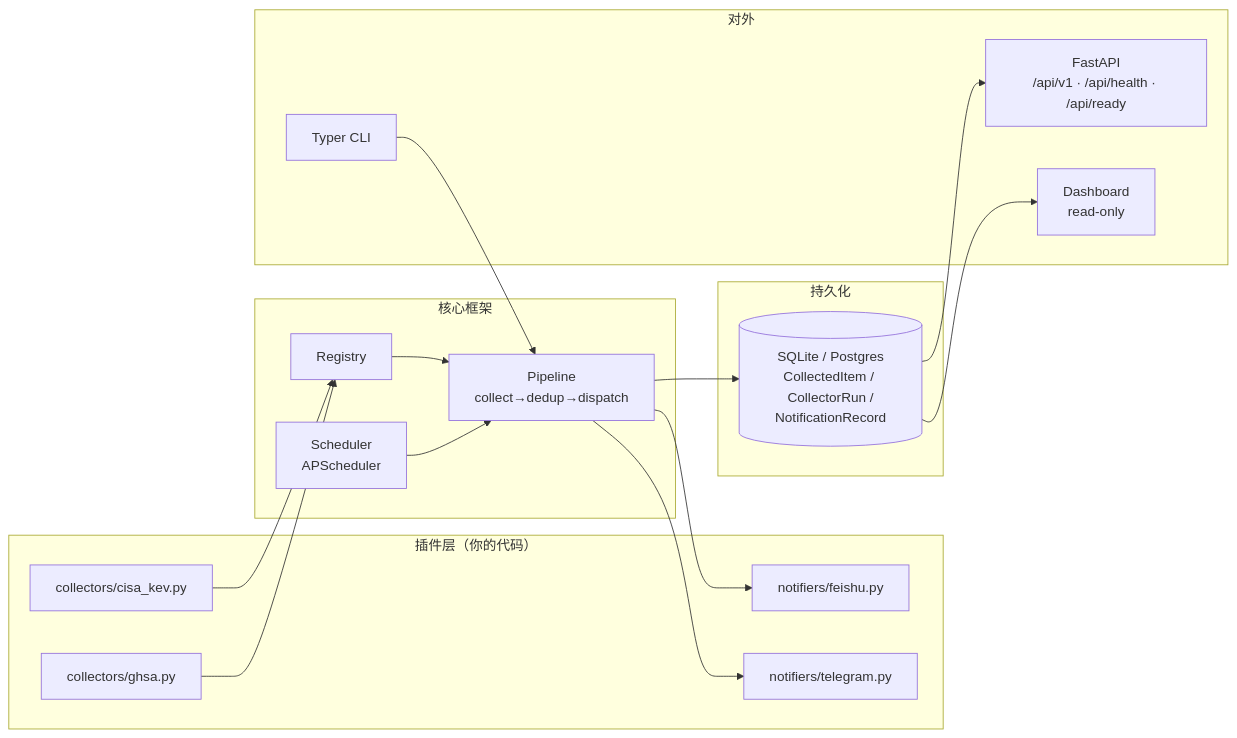
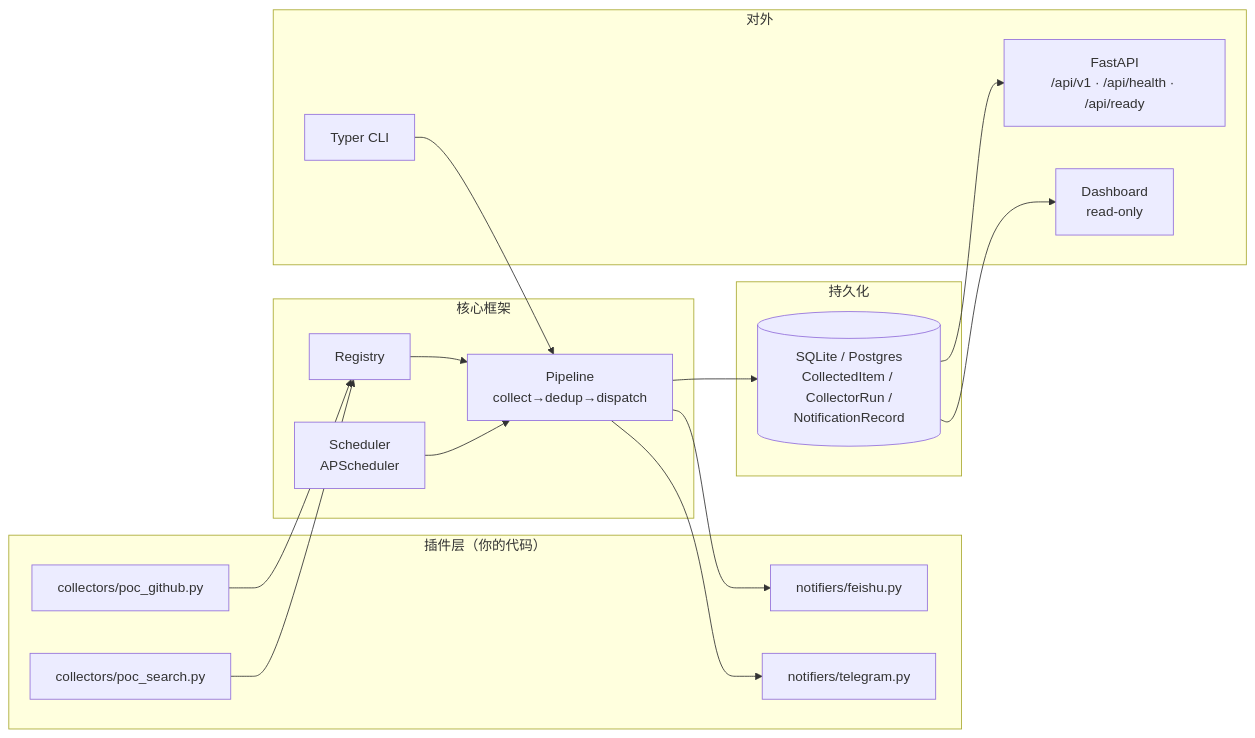
Before and after one commit to DmcforSpc/monitor: the first of 2 diagrams in docs/architecture.md, drawn with Mermaid. The commit also changed other lines of this file and 18 other files, not shown here.

````diff
--- a/docs/architecture.md
+++ b/docs/architecture.md
@@ -5,33 +5,33 @@
 ```mermaid
 flowchart LR
     subgraph Plugins["插件层（你的代码）"]
-        C1[collectors/cisa_kev.py]
-        C2[collectors/ghsa.py]
+        C1[collectors/poc_github.py]
+        C2[collectors/poc_search.py]
         N1[notifiers/feishu.py]
         N2[notifiers/telegram.py]
     end
 
     subgraph Core["核心框架"]
         REG[Registry]
         PIPE[Pipeline<br/>collect→dedup→dispatch]
         SCHED[Scheduler<br/>APScheduler]
     end
 
     subgraph Storage["持久化"]
         DB[(SQLite / Postgres<br/>CollectedItem / CollectorRun /<br/>NotificationRecord)]
     end
 
     subgraph Surface["对外"]
         WEB[FastAPI<br/>/api/v1 · /api/health · /api/ready]
         DASH[Dashboard<br/>read-only]
         CLI[Typer CLI]
     end
 
     SCHED --> PIPE
     CLI --> PIPE
     C1 & C2 --> REG --> PIPE
     PIPE --> DB
     PIPE --> N1 & N2
     DB --> WEB
     DB --> DASH
 ```
````
